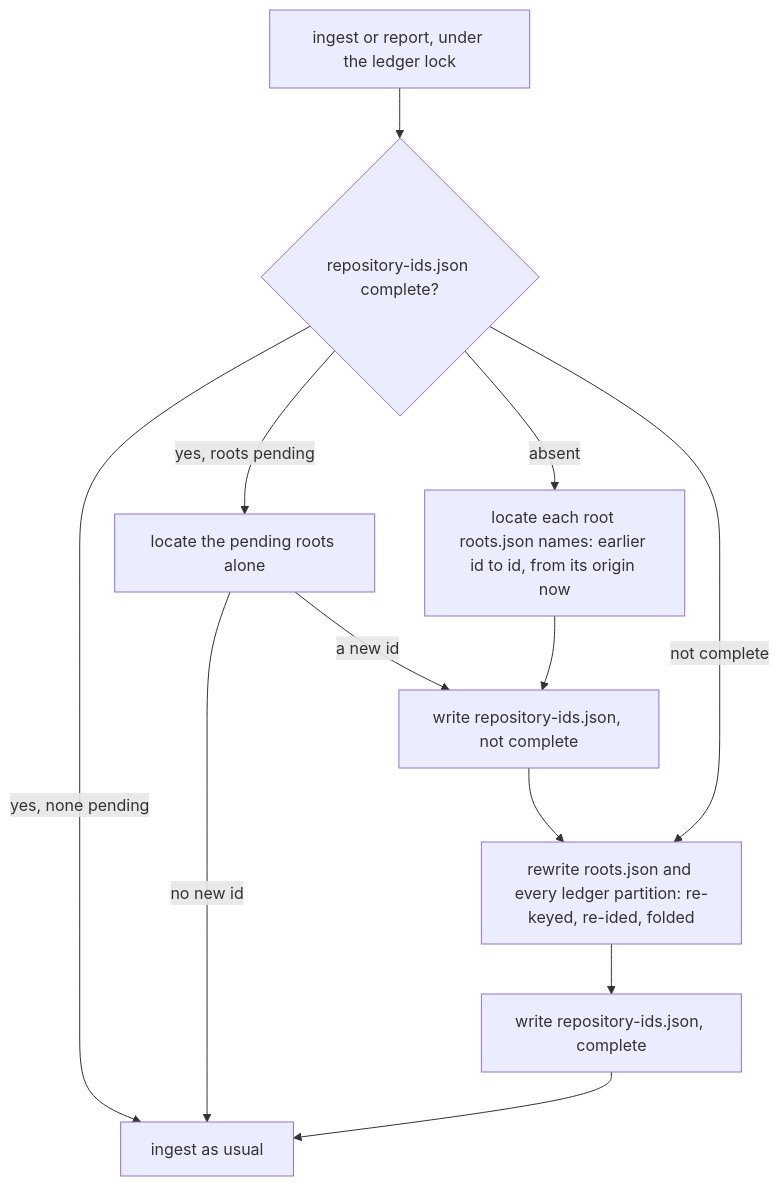
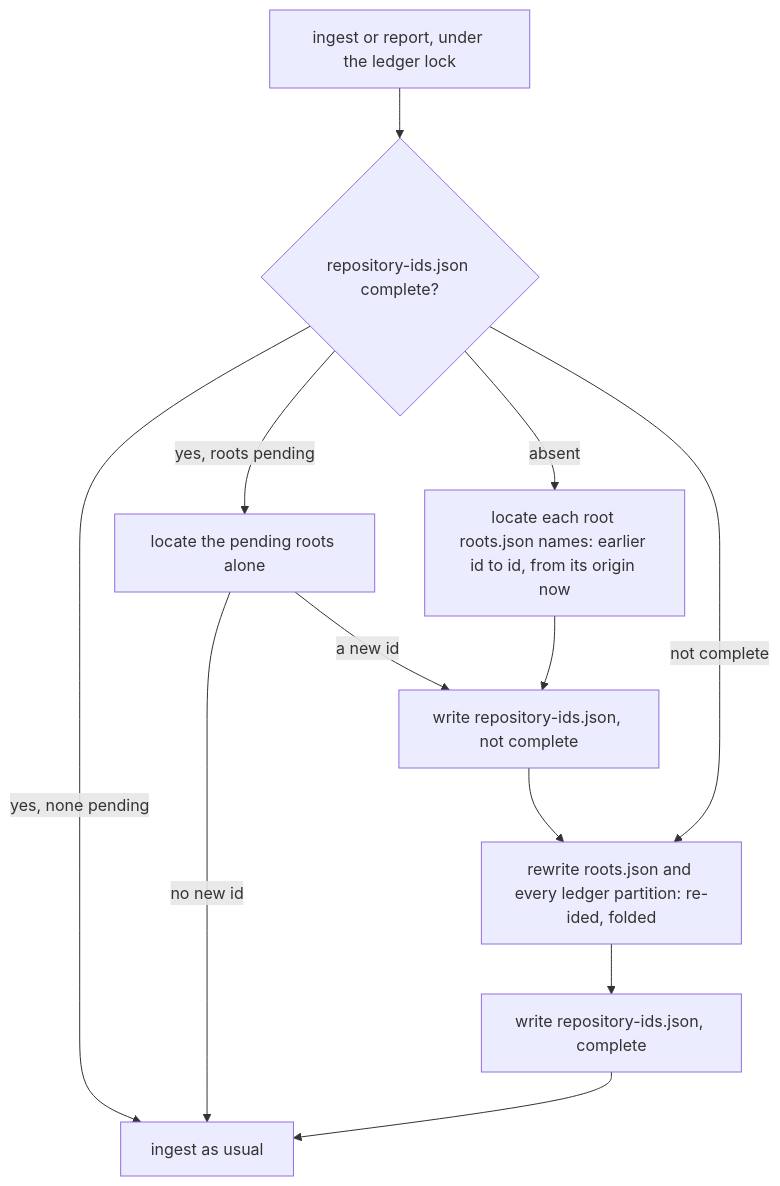
The diagram in aidd_docs/tasks/2026_10/2026_10_17_one-call-one-key-one-repository-one-id/contract.md (BlandineRdl/framework), drawn with Mermaid before and after one commit. The commit also changed other lines of this file and 30 other files, not shown here.

````diff
--- a/aidd_docs/tasks/2026_10/2026_10_17_one-call-one-key-one-repository-one-id/contract.md
+++ b/aidd_docs/tasks/2026_10/2026_10_17_one-call-one-key-one-repository-one-id/contract.md
@@ -56,14 +56,14 @@
 ```mermaid
 flowchart TD
   S["ingest or report, under the ledger lock"] --> J{"repository-ids.json complete?"}
   J -->|"yes, none pending"| I["ingest as usual"]
   J -->|"yes, roots pending"| P["locate the pending roots alone"]
   P -->|"no new id"| I
   P -->|"a new id"| W1
   J -->|absent| M["locate each root roots.json names: earlier id to id, from its origin now"]
   M --> W1["write repository-ids.json, not complete"]
   J -->|not complete| R
-  W1 --> R["rewrite roots.json and every ledger partition: re-keyed, re-ided, folded"]
+  W1 --> R["rewrite roots.json and every ledger partition: re-ided, folded"]
   R --> W2["write repository-ids.json, complete"]
   W2 --> I
 ```
````
